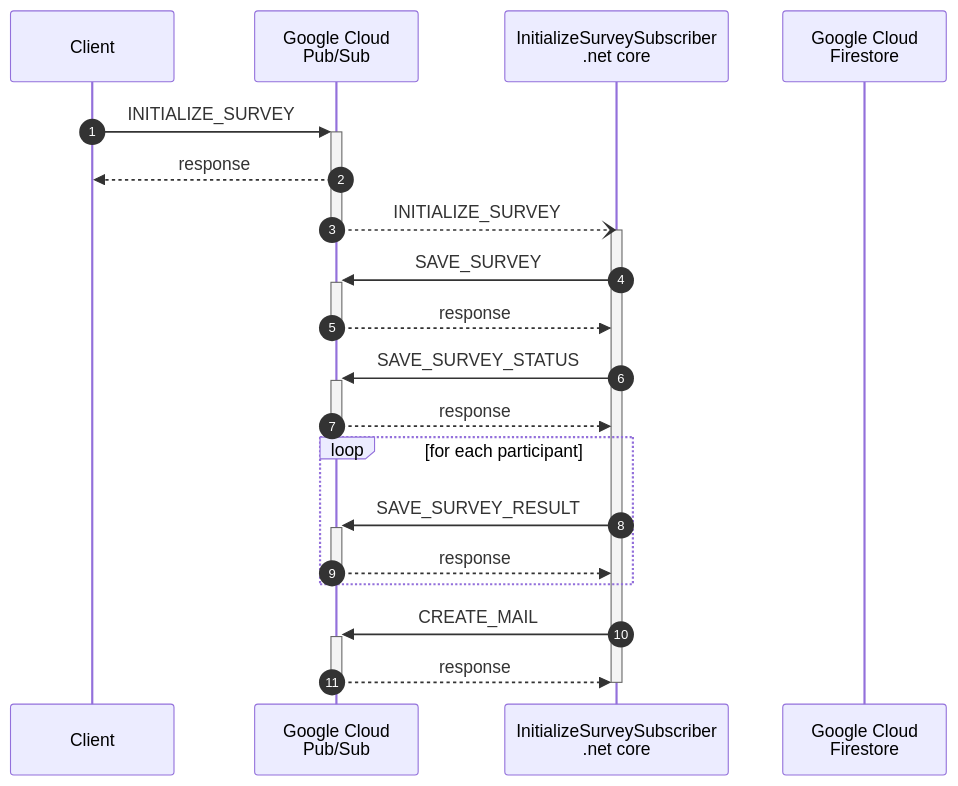
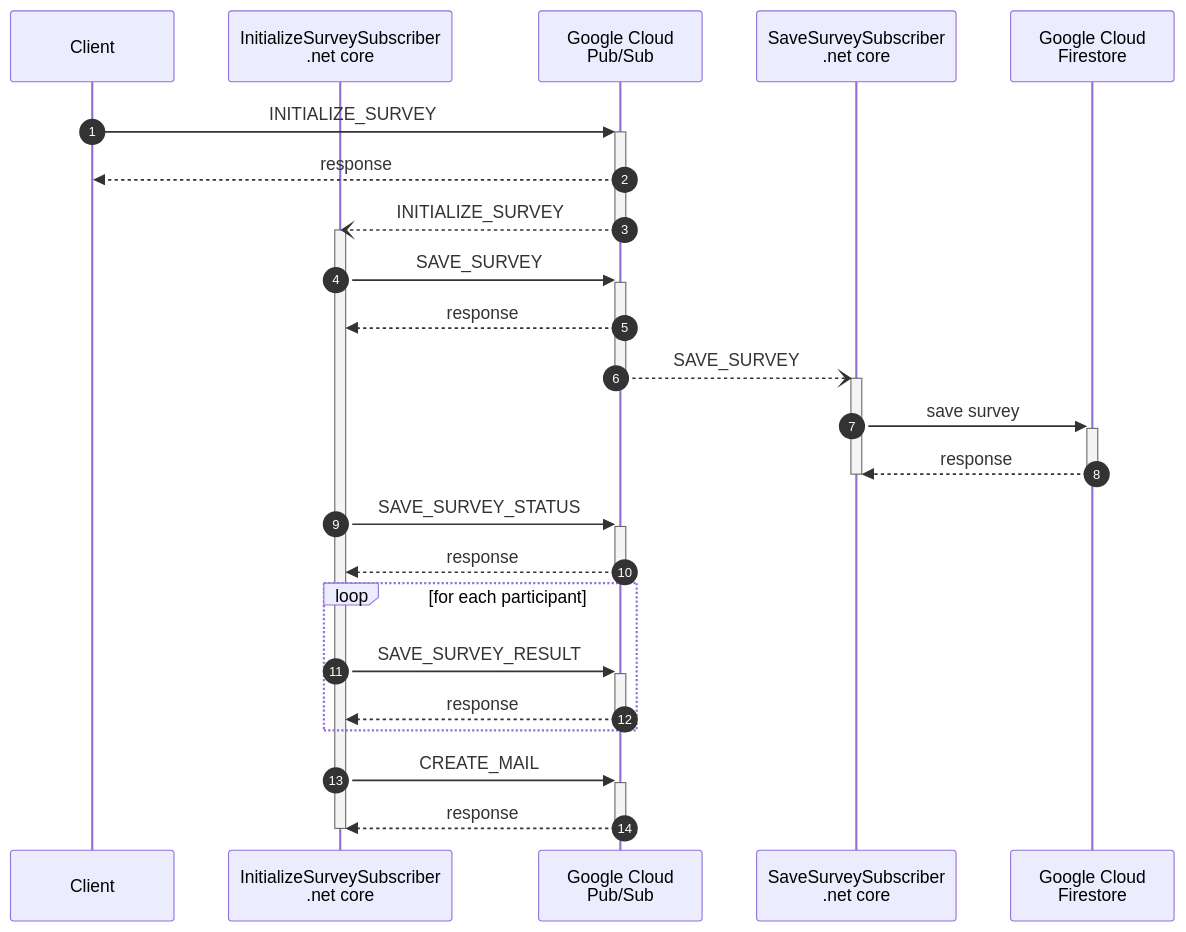
Before and after one commit to MichaelDiers/surveys: the diagram in doc/initialize-survey.mermaid, drawn with Mermaid. The commit also changed 1 other file, not shown here.

```diff
--- a/doc/initialize-survey.mermaid
+++ b/doc/initialize-survey.mermaid
@@ -1,30 +1,36 @@
 sequenceDiagram
     autonumber
     participant C as Client
+    participant ISS as InitializeSurveySubscriber<br>.net core
     participant PS as Google Cloud<br>Pub/Sub
-    participant ISS as InitializeSurveySubscriber<br>.net core
+    participant SSS as SaveSurveySubscriber<br>.net core
     participant FS as Google Cloud<br>Firestore
     C->>+PS: INITIALIZE_SURVEY
     PS-->>C: response
     PS--)ISS: INITIALIZE_SURVEY
     deactivate PS
     activate ISS
     %% SAVE_SURVEY
     ISS->>+PS: SAVE_SURVEY
     PS-->>ISS: response
+    PS--)+SSS: SAVE_SURVEY
     deactivate PS
+    SSS->>+FS: save survey
+    FS-->>SSS: response
+    deactivate FS
+    deactivate SSS
     %% SAVE_SURVEY_STATUS
     ISS->>+PS: SAVE_SURVEY_STATUS
     PS-->>ISS: response
     deactivate PS
     %% SAVE_SURVEY_RESULT
     loop for each participant
         ISS->>+PS: SAVE_SURVEY_RESULT
         PS-->>ISS: response
         deactivate PS
     end
     %% CREATE_MAIL
     ISS->>+PS: CREATE_MAIL
     PS-->>ISS: response
     deactivate PS
     deactivate ISS
```
